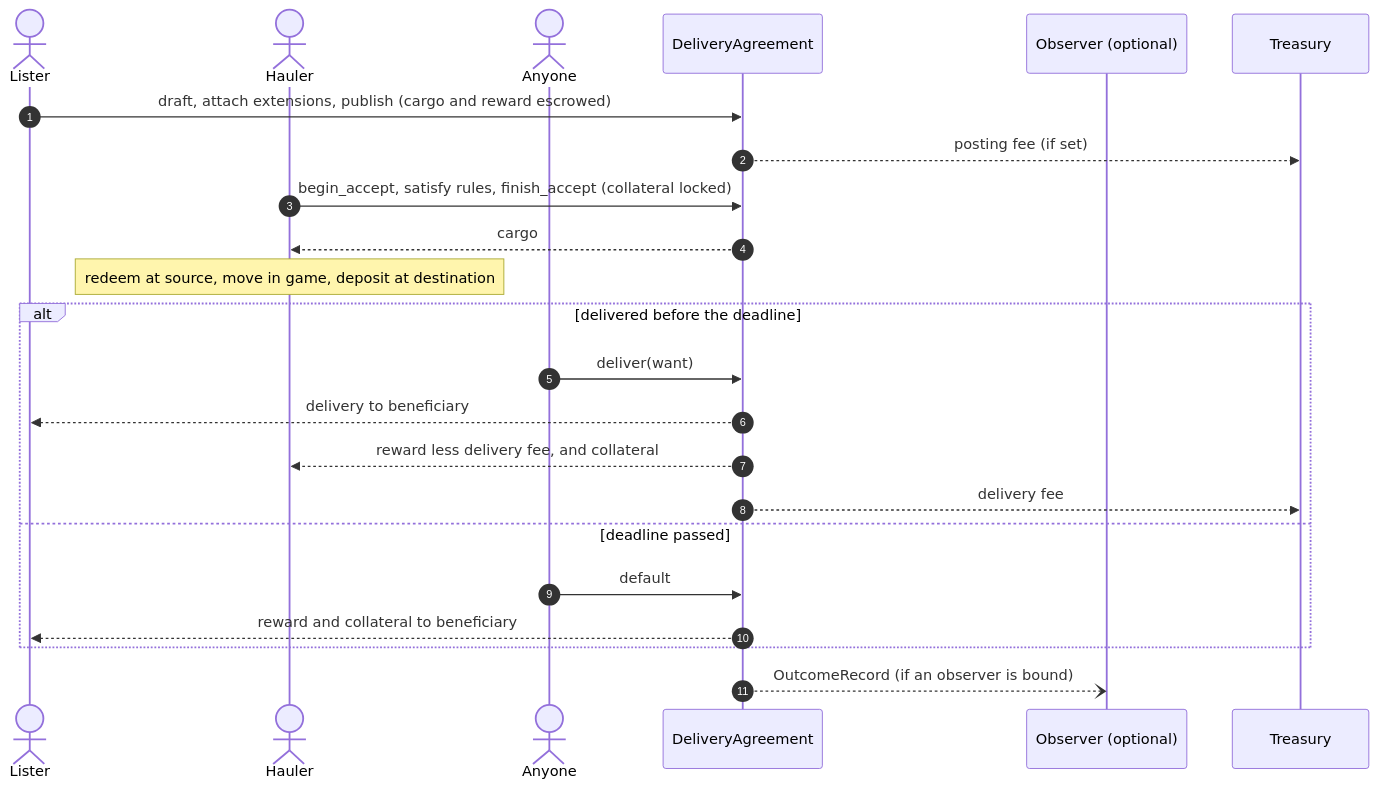
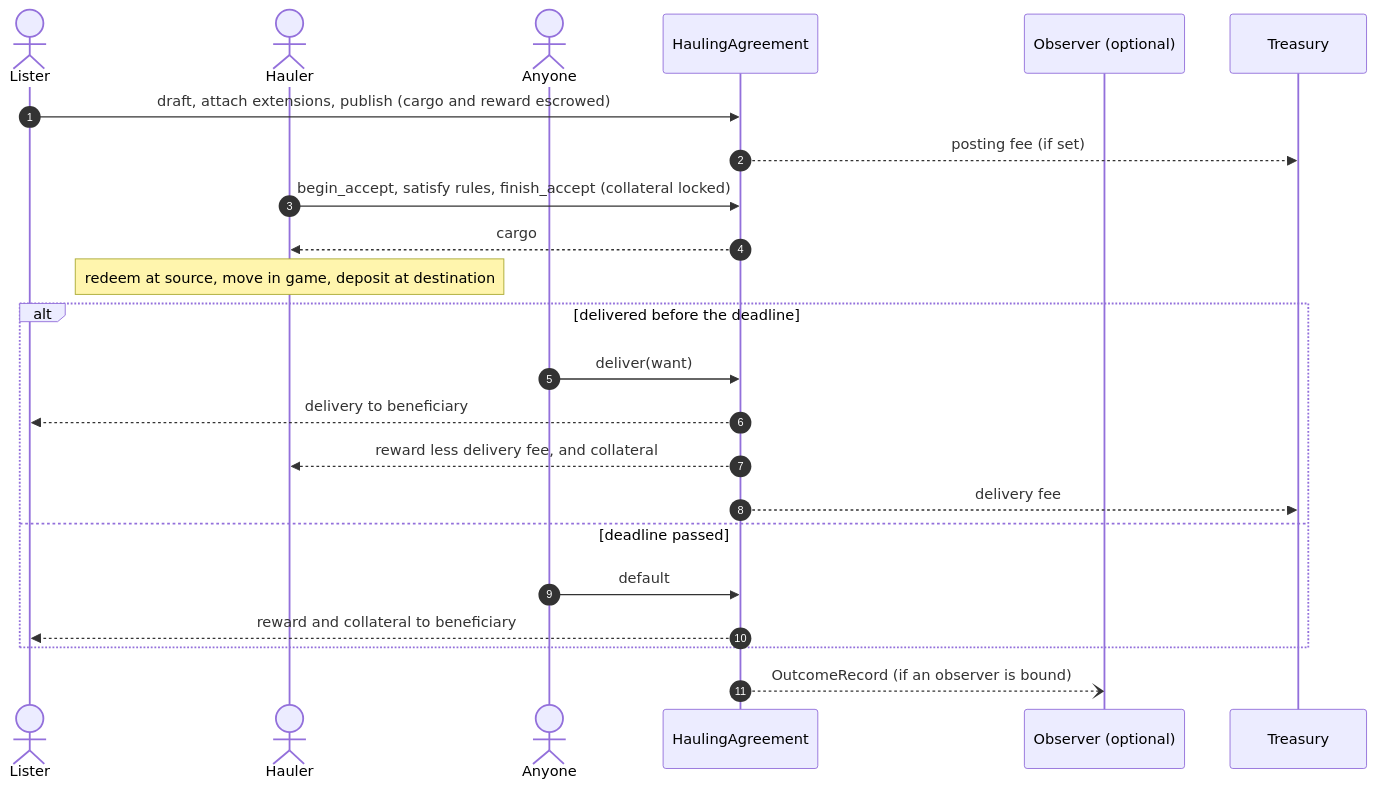
The diagram in docs/agreements/user-paths.md (Algorithmic-Warfare/armature-vault), drawn with Mermaid before and after one commit. The commit also changed other lines of this file and 31 other files, not shown here.

First line of the commit message:
refactor(agreements): rename delivery agreements to hauling agreements

````diff
--- a/docs/agreements/user-paths.md
+++ b/docs/agreements/user-paths.md
@@ -40,25 +40,25 @@
 ```mermaid
 sequenceDiagram
     autonumber
     actor L as Lister
     actor H as Hauler
     actor X as Anyone
-    participant AG as DeliveryAgreement
+    participant AG as HaulingAgreement
     participant OB as Observer (optional)
     participant T as Treasury
     L->>AG: draft, attach extensions, publish (cargo and reward escrowed)
     AG-->>T: posting fee (if set)
     H->>AG: begin_accept, satisfy rules, finish_accept (collateral locked)
     AG-->>H: cargo
     Note over H: redeem at source, move in game, deposit at destination
     alt delivered before the deadline
         X->>AG: deliver(want)
         AG-->>L: delivery to beneficiary
         AG-->>H: reward less delivery fee, and collateral
         AG-->>T: delivery fee
     else deadline passed
         X->>AG: default
         AG-->>L: reward and collateral to beneficiary
     end
     AG--)OB: OutcomeRecord (if an observer is bound)
 ```
````
